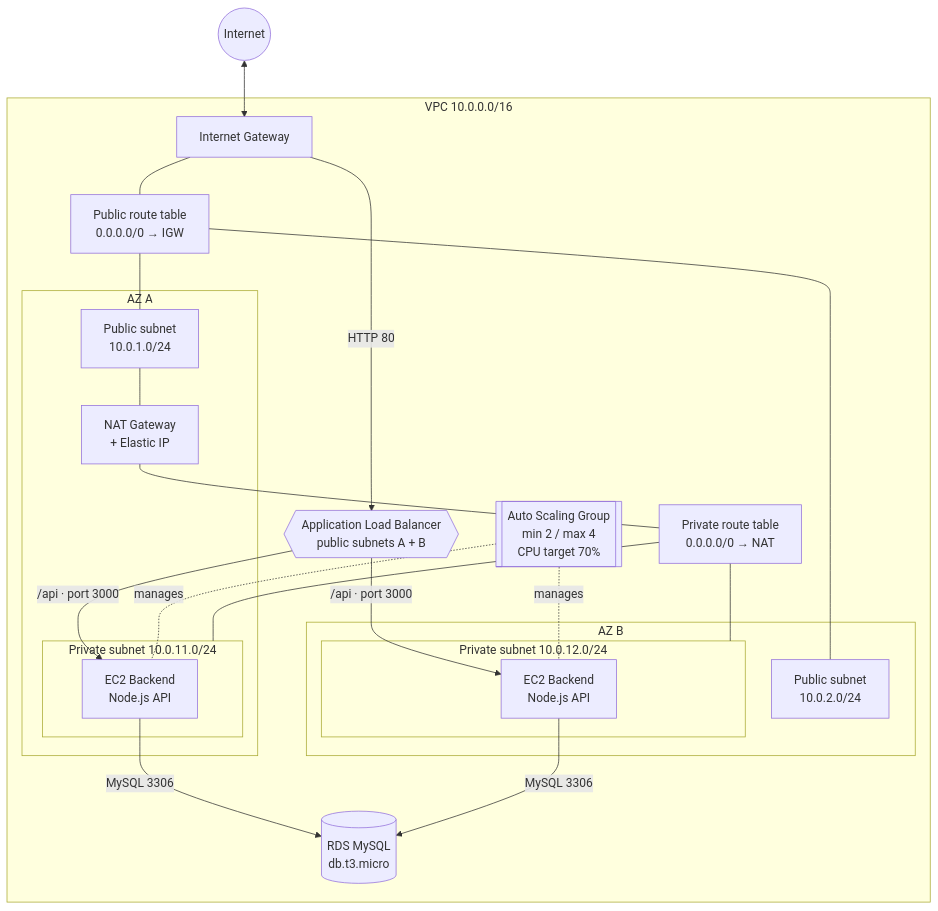
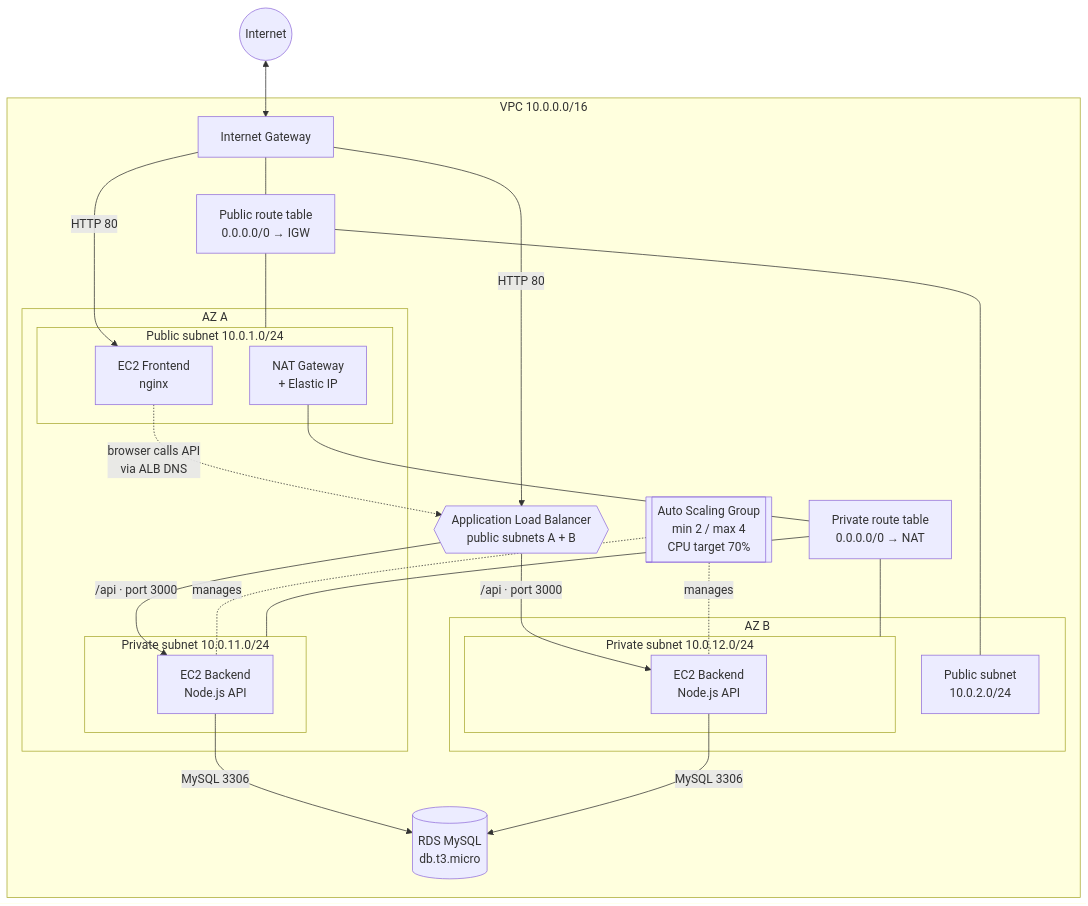
Before and after one commit to samibhiri/aws-terraform-ha-fullstack: the first of 2 diagrams in README.md, drawn with Mermaid. The commit also changed other lines of this file and 3 other files, not shown here.

First line of the commit message:
feat(frontend): add frontend EC2 instance with nginx bootstrap

````diff
--- a/README.md
+++ b/README.md
@@ -18,45 +20,48 @@
 ```mermaid
 flowchart TB
     internet((Internet))
 
     subgraph VPC["VPC 10.0.0.0/16"]
         igw[Internet Gateway]
         rtpub[Public route table<br/>0.0.0.0/0 → IGW]
         rtpriv[Private route table<br/>0.0.0.0/0 → NAT]
 
         subgraph AZA["AZ A"]
-            pubA[Public subnet<br/>10.0.1.0/24]
-            nat[NAT Gateway<br/>+ Elastic IP]
+            subgraph pubA["Public subnet 10.0.1.0/24"]
+                fe[EC2 Frontend<br/>nginx]
+                nat[NAT Gateway<br/>+ Elastic IP]
+            end
             subgraph privA["Private subnet 10.0.11.0/24"]
                 be1[EC2 Backend<br/>Node.js API]
             end
         end
 
         subgraph AZB["AZ B"]
             pubB[Public subnet<br/>10.0.2.0/24]
             subgraph privB["Private subnet 10.0.12.0/24"]
                 be2[EC2 Backend<br/>Node.js API]
             end
         end
 
         alb{{Application Load Balancer<br/>public subnets A + B}}
         asg[[Auto Scaling Group<br/>min 2 / max 4<br/>CPU target 70%]]
         rds[(RDS MySQL<br/>db.t3.micro)]
     end
 
     internet <--> igw
     igw --- rtpub
     rtpub --- pubA
     rtpub --- pubB
-    pubA --- nat
     nat --- rtpriv
     rtpriv --- privA
     rtpriv --- privB
+    igw -->|HTTP 80| fe
+    fe -. "browser calls API<br/>via ALB DNS" .-> alb
     igw -->|HTTP 80| alb
     alb -->|/api · port 3000| be1
     alb -->|/api · port 3000| be2
     asg -.manages.- be1
     asg -.manages.- be2
     be1 -->|MySQL 3306| rds
     be2 -->|MySQL 3306| rds
 ```
````
